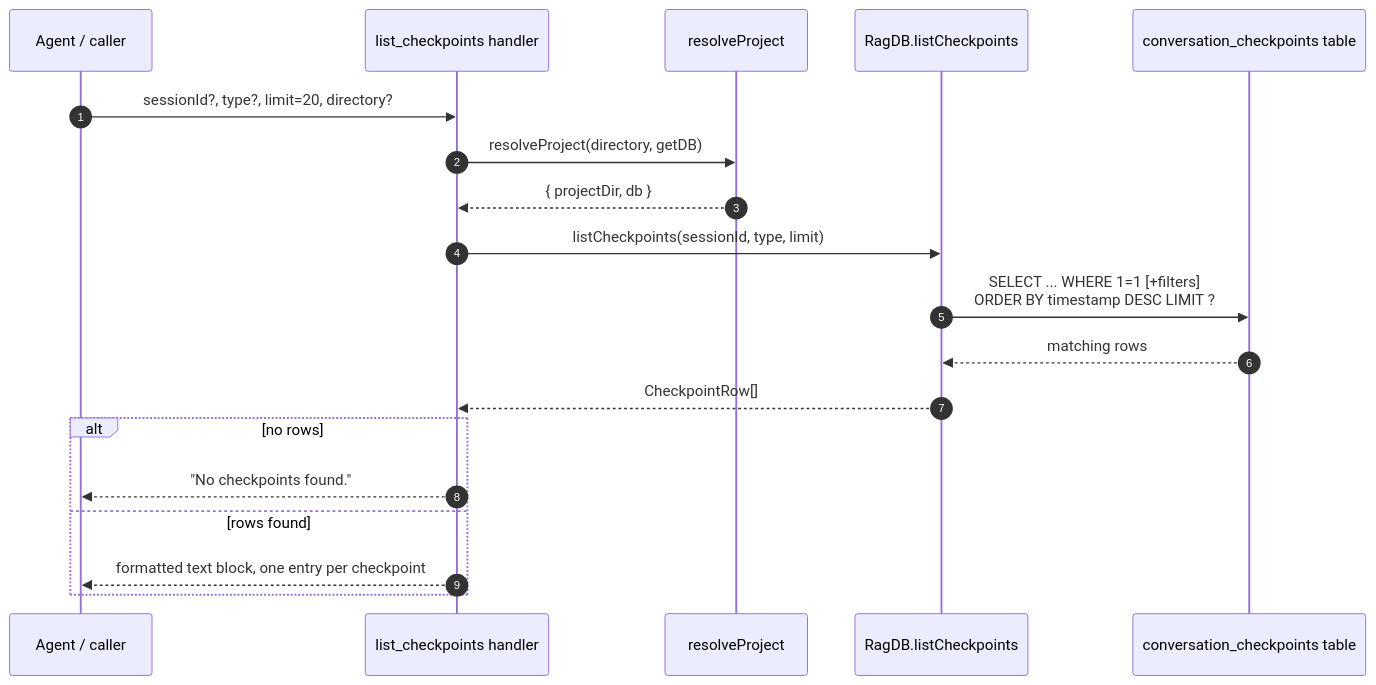
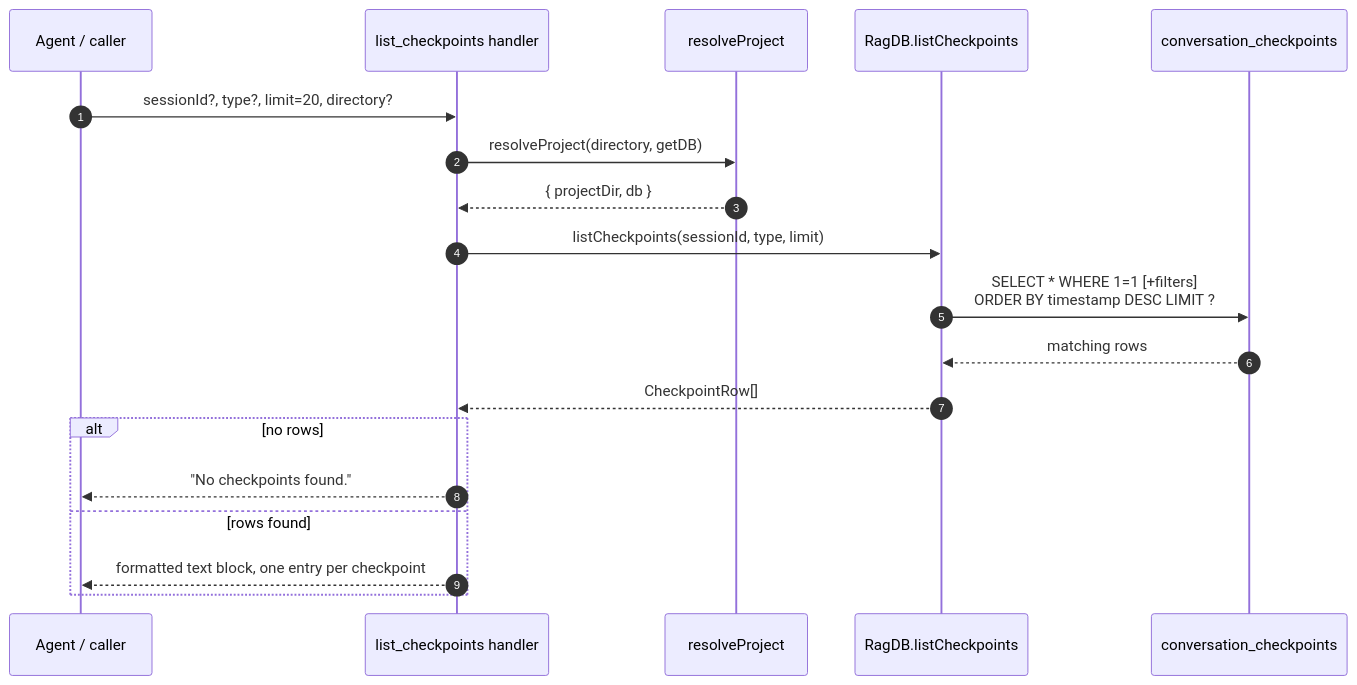
The diagram in wiki/tools/list-checkpoints.md (TheWinci/mimirs), drawn with Mermaid before and after one commit. The commit also changed other lines of this file and 55 other files, not shown here.

````diff
--- a/wiki/tools/list-checkpoints.md
+++ b/wiki/tools/list-checkpoints.md
@@ -13,21 +13,21 @@
 ```mermaid
 sequenceDiagram
     autonumber
     participant Agent as Agent / caller
     participant Tool as list_checkpoints handler
     participant Resolve as resolveProject
     participant DB as RagDB.listCheckpoints
-    participant SQLite as conversation_checkpoints table
+    participant SQLite as conversation_checkpoints
     Agent->>Tool: sessionId?, type?, limit=20, directory?
     Tool->>Resolve: resolveProject(directory, getDB)
     Resolve-->>Tool: { projectDir, db }
     Tool->>DB: listCheckpoints(sessionId, type, limit)
-    DB->>SQLite: SELECT ... WHERE 1=1 [+filters]<br>ORDER BY timestamp DESC LIMIT ?
+    DB->>SQLite: SELECT * WHERE 1=1 [+filters]<br>ORDER BY timestamp DESC LIMIT ?
     SQLite-->>DB: matching rows
     DB-->>Tool: CheckpointRow[]
     alt no rows
         Tool-->>Agent: "No checkpoints found."
     else rows found
         Tool-->>Agent: formatted text block, one entry per checkpoint
     end
 ```
````
